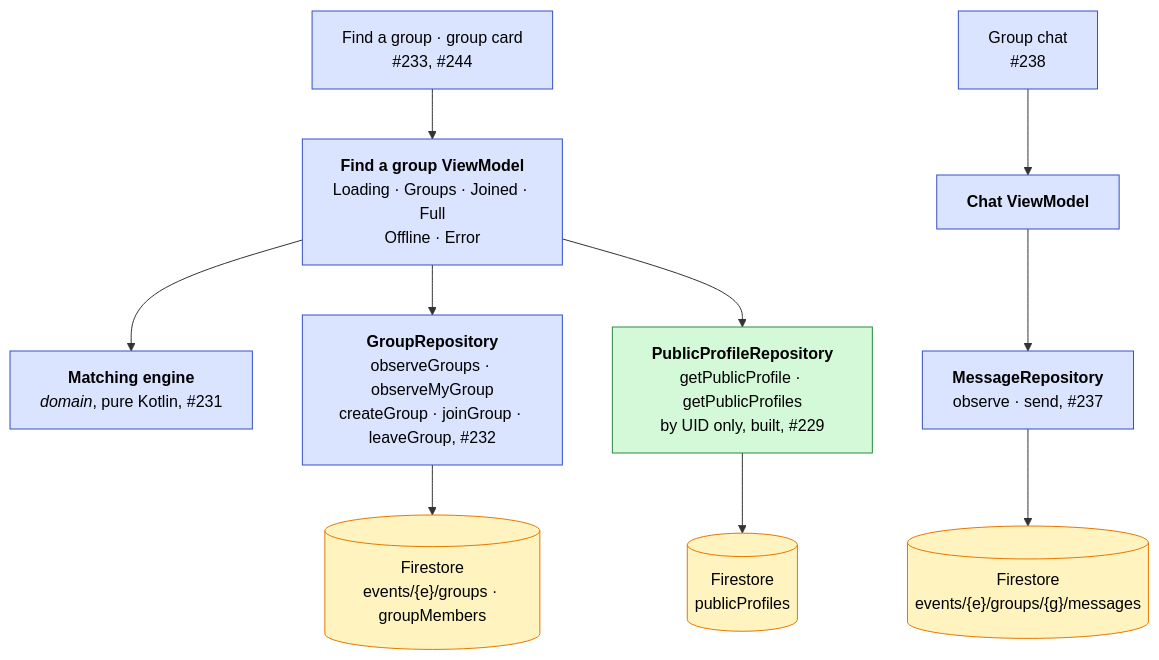
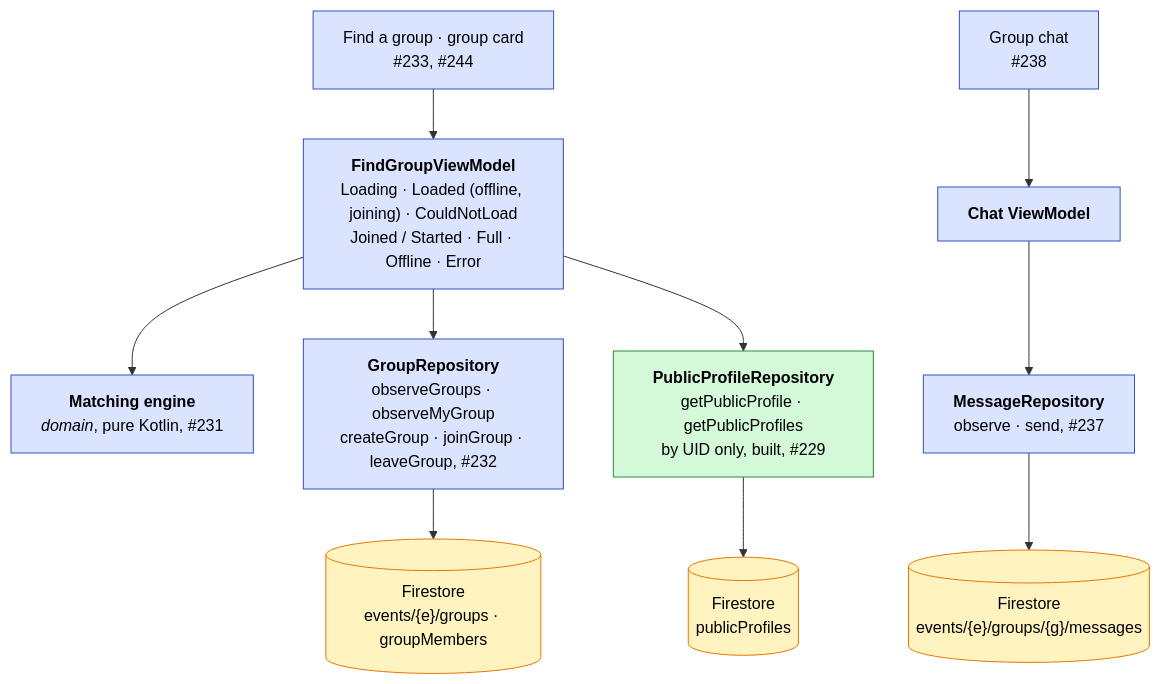
Before and after one commit to swent-polysocial/PolySocial: the sixth of 12 diagrams in docs/Architecture-Diagram.md, drawn with Mermaid. The commit also changed other lines of this file and 1 other file, not shown here.

Commit message:
docs: record the Find a group screen
Records Find a group's decisions in CONTEXT.md (route, ranking with
unreadable profiles, one write at a time, offline), the Hilt trap for
modules that need Firestore, and the ViewModel's states in the
architecture diagram.

Refs #233

````diff
--- a/docs/Architecture-Diagram.md
+++ b/docs/Architecture-Diagram.md
@@ -217,16 +217,16 @@
 ```mermaid
 flowchart TB
   classDef pb fill:#dbe4ff,stroke:#364fc7,color:#000
   classDef ext fill:#fff3bf,stroke:#e67700,color:#000
 
   classDef s1 fill:#d3f9d8,stroke:#2b8a3e,color:#000
 
-  find["Find a group · group card<br/>#233, #244"]:::pb --> findVM["<b>Find a group ViewModel</b><br/>Loading · Groups · Joined · Full<br/>Offline · Error"]:::pb
+  find["Find a group · group card<br/>#233, #244"]:::pb --> findVM["<b>FindGroupViewModel</b><br/>Loading · Loaded (offline, joining) · CouldNotLoad<br/>Joined / Started · Full · Offline · Error"]:::pb
   findVM --> match["<b>Matching engine</b><br/><i>domain</i>, pure Kotlin, #231"]:::pb
   findVM --> groups["<b>GroupRepository</b><br/>observeGroups · observeMyGroup<br/>createGroup · joinGroup · leaveGroup, #232"]:::pb
   findVM --> pub["<b>PublicProfileRepository</b><br/>getPublicProfile · getPublicProfiles<br/>by UID only, built, #229"]:::s1
   chat["Group chat<br/>#238"]:::pb --> chatVM["<b>Chat ViewModel</b>"]:::pb --> msgs["<b>MessageRepository</b><br/>observe · send, #237"]:::pb
   groups --> fs[("Firestore<br/>events/{e}/groups · groupMembers")]:::ext
   pub --> fs2[("Firestore<br/>publicProfiles")]:::ext
   msgs --> fs3[("Firestore<br/>events/{e}/groups/{g}/messages")]:::ext
 ```
````
